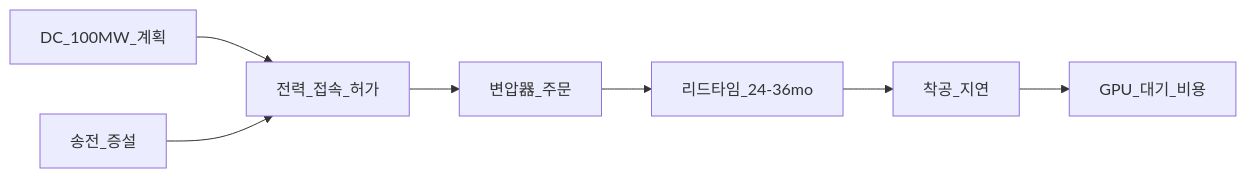
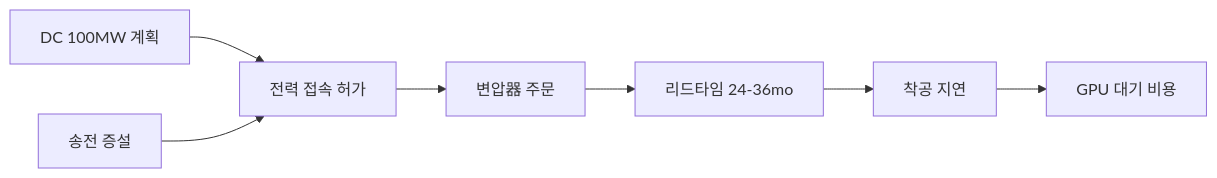
Before and after one commit to goldanghenry/Finances: the second of 3 diagrams in 03-markets/sectors/power-grid-electrification.md, drawn with Mermaid. The commit also changed other lines of this file and 211 other files, not shown here.

````diff
--- a/03-markets/sectors/power-grid-electrification.md
+++ b/03-markets/sectors/power-grid-electrification.md
@@ -141,9 +147,9 @@
 ```mermaid
 flowchart LR
-  DCplan[DC_100MW_계획] --> Permit[전력_접속_허가]
-  Permit --> TransfoOrder[변압器_주문]
-  TransfoOrder --> Lead[리드타임_24-36mo]
-  Lead --> Delay[착공_지연]
-  Delay --> GPUidle[GPU_대기_비용]
-  GridUp[송전_증설] --> Permit
+  DCplan["DC 100MW 계획"] --> Permit["전력 접속 허가"]
+  Permit --> TransfoOrder["변압器 주문"]
+  TransfoOrder --> Lead["리드타임 24-36mo"]
+  Lead --> Delay["착공 지연"]
+  Delay --> GPUidle["GPU 대기 비용"]
+  GridUp["송전 증설"] --> Permit
 ```
````
